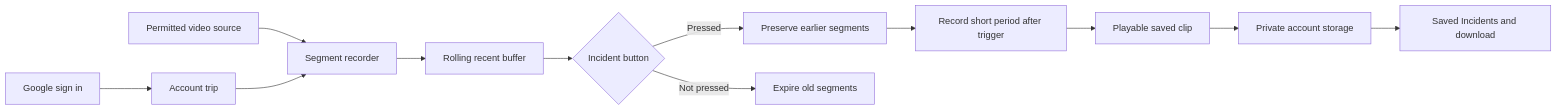
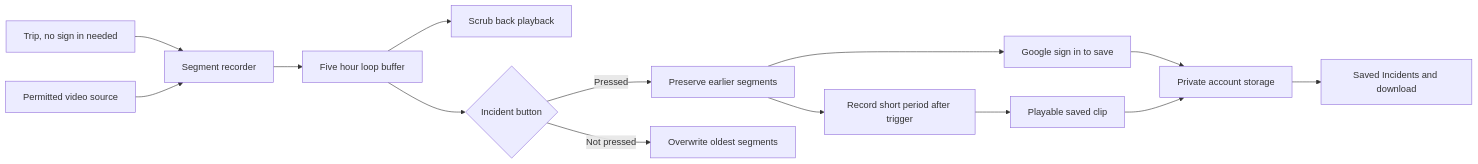
One commit to williamchiii/iWitness changed the diagram in docs/project_brief.md. Above: the diagram before and after it, drawn with Mermaid. The commit also changed other lines of this file and 13 other files, not shown here.

````diff
--- a/docs/project_brief.md
+++ b/docs/project_brief.md
@@ -66,14 +67,16 @@
 ```mermaid
 flowchart LR
-    U[Google sign in] --> T[Account trip]
-    A[Permitted video source] --> B[Segment recorder]
-    T --> B
-    B --> C[Rolling recent buffer]
+    T[Trip, no sign in needed] --> B[Segment recorder]
+    A[Permitted video source] --> B
+    B --> C[Five hour loop buffer]
+    C --> P[Scrub back playback]
     C --> D{Incident button}
     D -->|Pressed| E[Preserve earlier segments]
     E --> F[Record short period after trigger]
+    E --> U[Google sign in to save]
     F --> G[Playable saved clip]
+    U --> H
     G --> H[Private account storage]
     H --> J[Saved Incidents and download]
-    D -->|Not pressed| I[Expire old segments]
+    D -->|Not pressed| I[Overwrite oldest segments]
 ```
````
